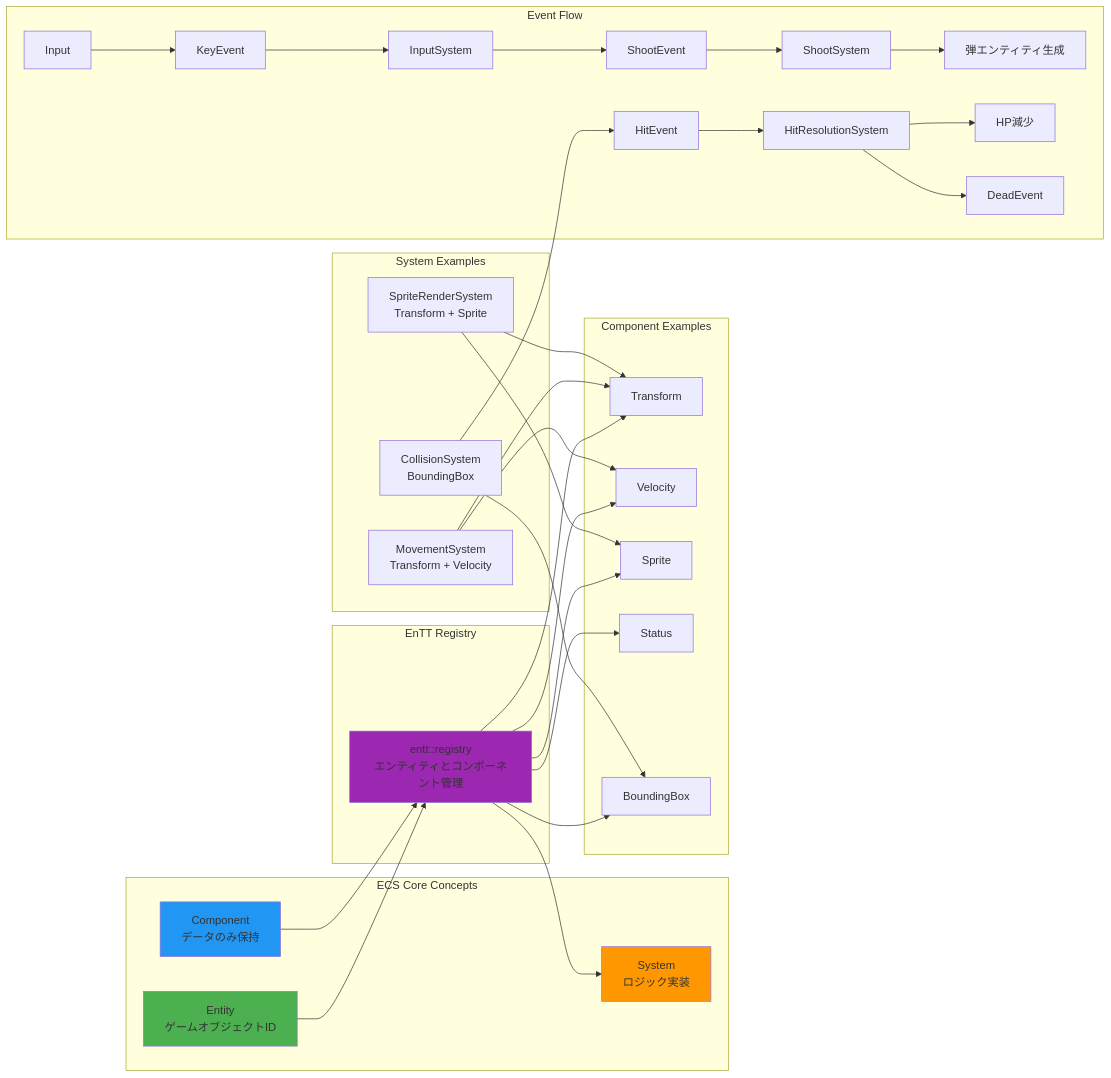
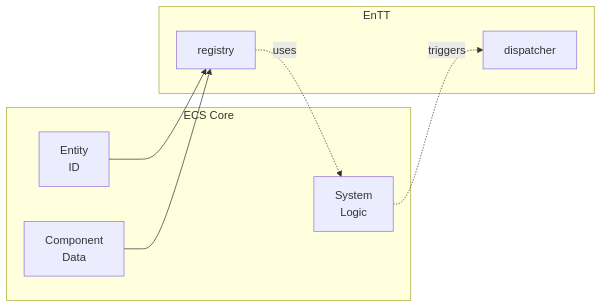
The fourth of 5 diagrams in docs/architecture.md (Siegward-of-Catarina/ShootingGame), drawn with Mermaid before and after one commit. The commit also changed other lines of this file, not shown here.

Commit message:
Simplify architecture diagrams and fix relationships per feedback

````diff
--- a/docs/architecture.md
+++ b/docs/architecture.md
@@ -318,60 +138,18 @@
 ```mermaid
 graph LR
-    subgraph "ECS Core Concepts"
-        E[Entity<br/>ゲームオブジェクトID]
-        C[Component<br/>データのみ保持]
-        S[System<br/>ロジック実装]
+    subgraph "ECS Core"
+        E[Entity<br/>ID]
+        C[Component<br/>Data]
+        S[System<br/>Logic]
     end
     
-    subgraph "EnTT Registry"
-        R[entt::registry<br/>エンティティとコンポーネント管理]
-    end
-    
-    subgraph "Component Examples"
-        T[Transform]
-        V[Velocity]
-        Spr[Sprite]
-        HP[Status]
-        Col[BoundingBox]
-    end
-    
-    subgraph "System Examples"
-        Move[MovementSystem<br/>Transform + Velocity]
-        Coll[CollisionSystem<br/>BoundingBox]
-        Rend[SpriteRenderSystem<br/>Transform + Sprite]
-    end
-    
-    subgraph "Event Flow"
-        Input[Input] --> KE[KeyEvent]
-        KE --> IS[InputSystem]
-        IS --> SE[ShootEvent]
-        SE --> ShS[ShootSystem]
-        ShS --> CreateBullet[弾エンティティ生成]
-        
-        Coll --> HE[HitEvent]
-        HE --> HRS[HitResolutionSystem]
-        HRS --> ModifyHP[HP減少]
-        HRS --> DeadE[DeadEvent]
+    subgraph "EnTT"
+        R[registry]
+        D[dispatcher]
     end
     
     E --> R
     C --> R
-    R --> S
-    
-    R --> T
-    R --> V
-    R --> Spr
-    R --> HP
-    R --> Col
-    
-    Move --> T
-    Move --> V
-    Coll --> Col
-    Rend --> T
-    Rend --> Spr
-    
-    style E fill:#4caf50
-    style C fill:#2196f3
-    style S fill:#ff9800
-    style R fill:#9c27b0
+    R -.uses.-> S
+    S -.triggers.-> D
 ```
````
